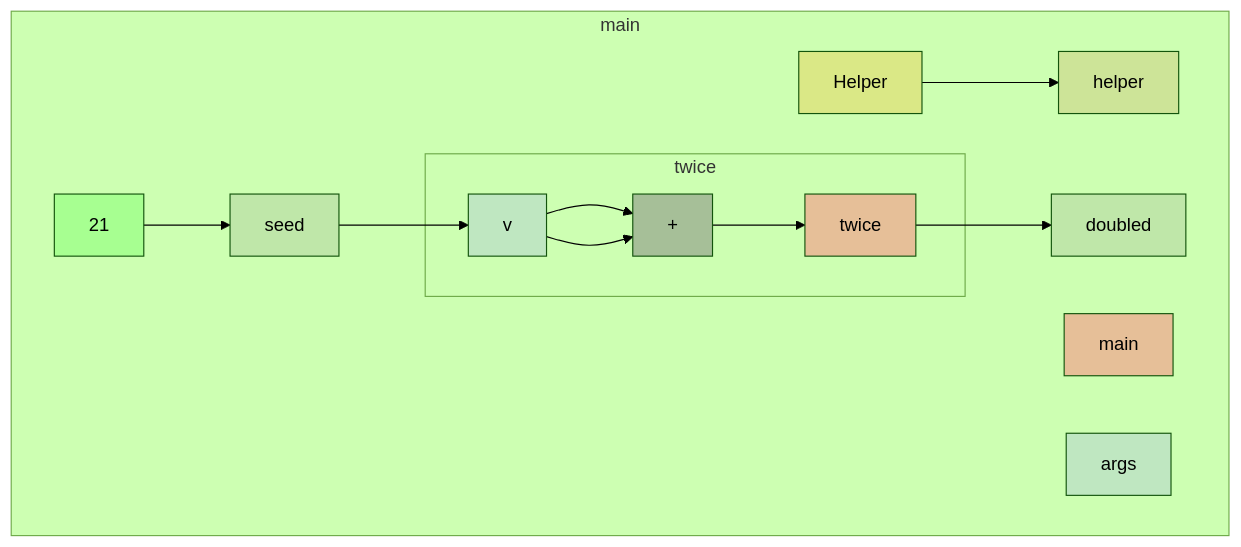
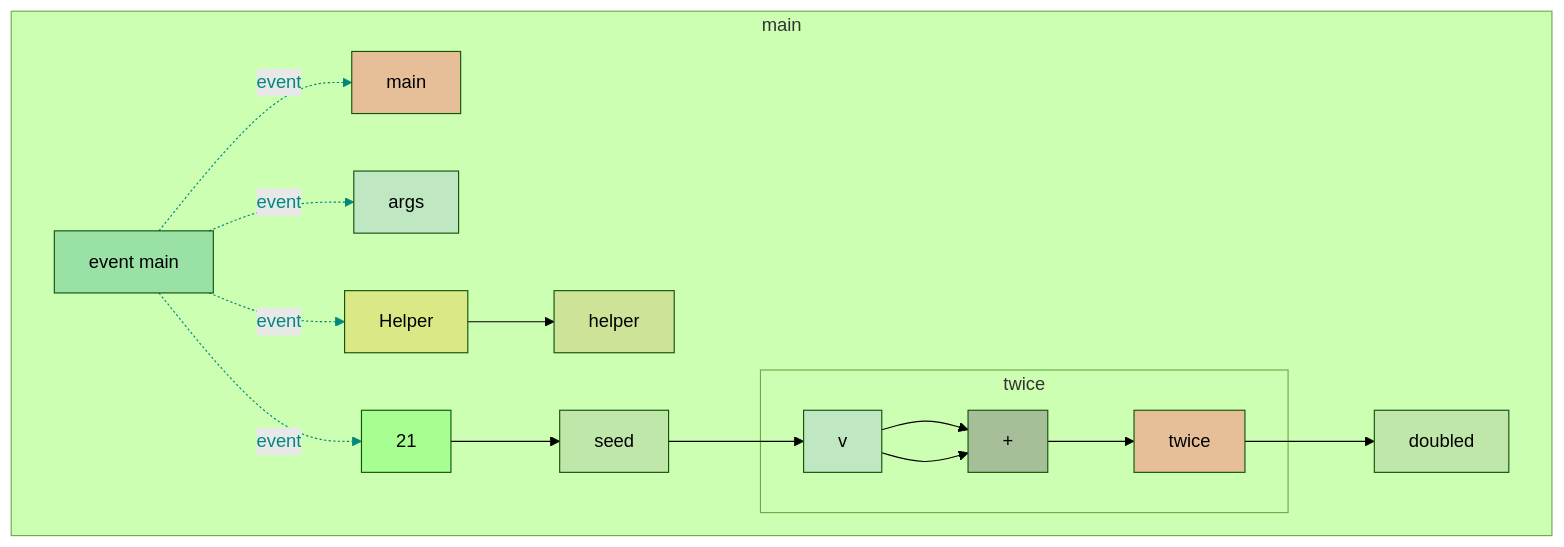
The diagram in app/src/test/resources/nestedClass/snapshot.md (gstiebler/codeflow), drawn with Mermaid (forest theme) before and after one commit. The commit also changed 77 other files, not shown here.

````diff
--- a/app/src/test/resources/nestedClass/snapshot.md
+++ b/app/src/test/resources/nestedClass/snapshot.md
@@ -1,31 +1,41 @@
 ```mermaid
 flowchart TD
   subgraph b0["main"]
-    n1[main]:::RETURN
-    n2[args]:::FUNC_PARAM
-    n3[Helper]:::EXTERNAL
-    n4[helper]:::OBJ_VARIABLE
-    n5[21]:::LITERAL
-    n6[seed]:::VARIABLE
-    n11[doubled]:::VARIABLE
-    n3[Helper]:::EXTERNAL --> n4[helper]:::OBJ_VARIABLE
-    n5[21]:::LITERAL --> n6[seed]:::VARIABLE
-    n6[seed]:::VARIABLE --> n9[v]:::FUNC_PARAM
-    n8[twice]:::RETURN --> n11[doubled]:::VARIABLE
-    subgraph b7["twice"]
-      n8[twice]:::RETURN
-      n9[v]:::FUNC_PARAM
-      n10[+]:::BIN_OP
-      n9[v]:::FUNC_PARAM --> n10[+]:::BIN_OP
-      n9[v]:::FUNC_PARAM --> n10[+]:::BIN_OP
-      n10[+]:::BIN_OP --> n8[twice]:::RETURN
+    n1[event main]:::EVENT
+    n2[main]:::RETURN
+    n3[args]:::FUNC_PARAM
+    n4[Helper]:::EXTERNAL
+    n5[helper]:::OBJ_VARIABLE
+    n6[21]:::LITERAL
+    n7[seed]:::VARIABLE
+    n12[doubled]:::VARIABLE
+    n1[event main]:::EVENT -. event .-> n2[main]:::RETURN
+    n1[event main]:::EVENT -. event .-> n3[args]:::FUNC_PARAM
+    n1[event main]:::EVENT -. event .-> n4[Helper]:::EXTERNAL
+    n1[event main]:::EVENT -. event .-> n6[21]:::LITERAL
+    n4[Helper]:::EXTERNAL --> n5[helper]:::OBJ_VARIABLE
+    n6[21]:::LITERAL --> n7[seed]:::VARIABLE
+    n7[seed]:::VARIABLE --> n10[v]:::FUNC_PARAM
+    n9[twice]:::RETURN --> n12[doubled]:::VARIABLE
+    subgraph b8["twice"]
+      n9[twice]:::RETURN
+      n10[v]:::FUNC_PARAM
+      n11[+]:::BIN_OP
+      n10[v]:::FUNC_PARAM --> n11[+]:::BIN_OP
+      n10[v]:::FUNC_PARAM --> n11[+]:::BIN_OP
+      n11[+]:::BIN_OP --> n9[twice]:::RETURN
     end
   end
+  linkStyle 0 stroke:#00897b,color:#00897b
+  linkStyle 1 stroke:#00897b,color:#00897b
+  linkStyle 2 stroke:#00897b,color:#00897b
+  linkStyle 3 stroke:#00897b,color:#00897b
   classDef LITERAL fill:#00FF0030
   classDef VARIABLE fill:#80808030
   classDef BIN_OP fill:#80808080
   classDef FUNC_PARAM fill:#8080FF30
   classDef RETURN fill:#FF808080
   classDef EXTERNAL fill:#FFA50040
   classDef UNMODELLED fill:#FF000030,stroke-dasharray: 4 2
+  classDef EVENT fill:#00897B40
 ```
````
